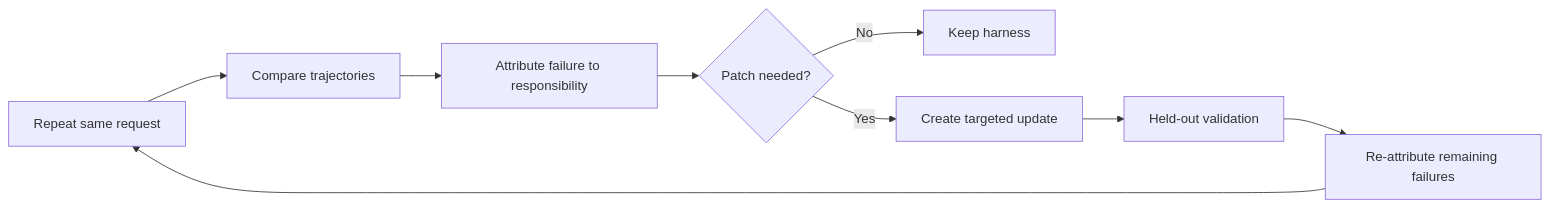
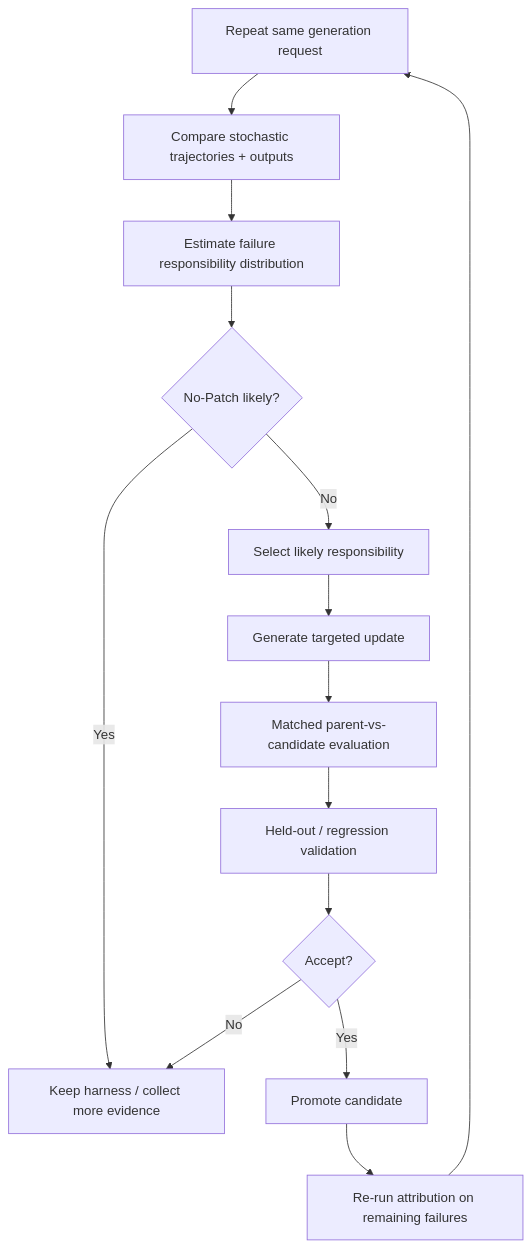
One commit to ShadowKingYT444/harness-papers-daily changed the diagram in _analyses/2610.00383.md. Above: the diagram before and after it, drawn with Mermaid. The commit also changed other lines of this file and 37 other files, not shown here.

````diff
--- a/_analyses/2610.00383.md
+++ b/_analyses/2610.00383.md
@@ -21,11 +47,16 @@
-```mermaid
-flowchart LR
-    A[Repeat same request] --> B[Compare trajectories]
-    B --> C[Attribute failure to responsibility]
-    C --> D{Patch needed?}
-    D -- No --> E[Keep harness]
-    D -- Yes --> F[Create targeted update]
-    F --> G[Held-out validation]
-    G --> H[Re-attribute remaining failures]
-    H --> A
-```
+~~~mermaid
+flowchart TD
+    A["Repeat same generation request"] --> B["Compare stochastic trajectories + outputs"]
+    B --> C["Estimate failure responsibility distribution"]
+    C --> D{"No-Patch likely?"}
+    D -- "Yes" --> E["Keep harness / collect more evidence"]
+    D -- "No" --> F["Select likely responsibility"]
+    F --> G["Generate targeted update"]
+    G --> H["Matched parent-vs-candidate evaluation"]
+    H --> I["Held-out / regression validation"]
+    I --> J{"Accept?"}
+    J -- "No" --> E
+    J -- "Yes" --> K["Promote candidate"]
+    K --> L["Re-run attribution on remaining failures"]
+    L --> A
+~~~
````
